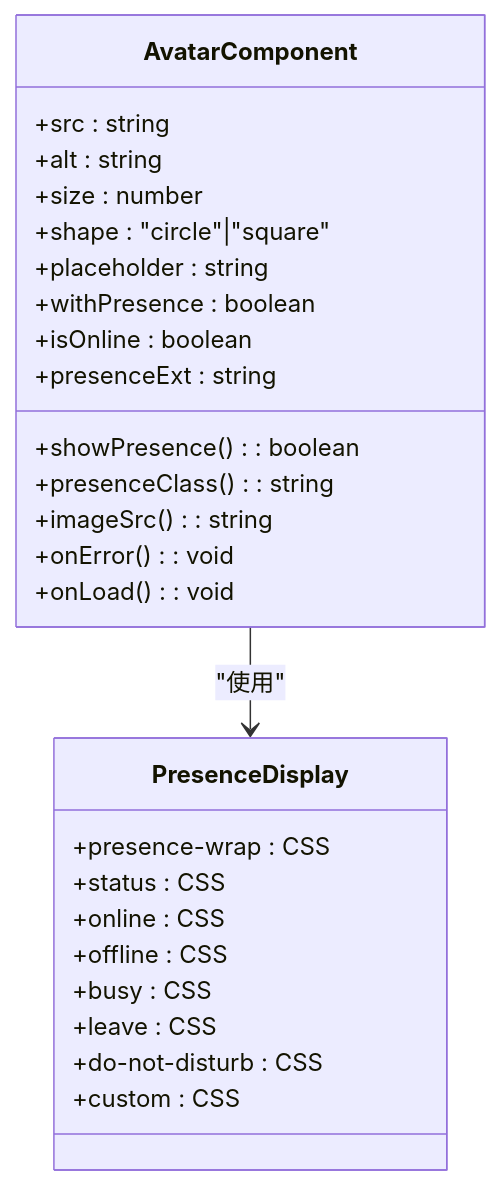
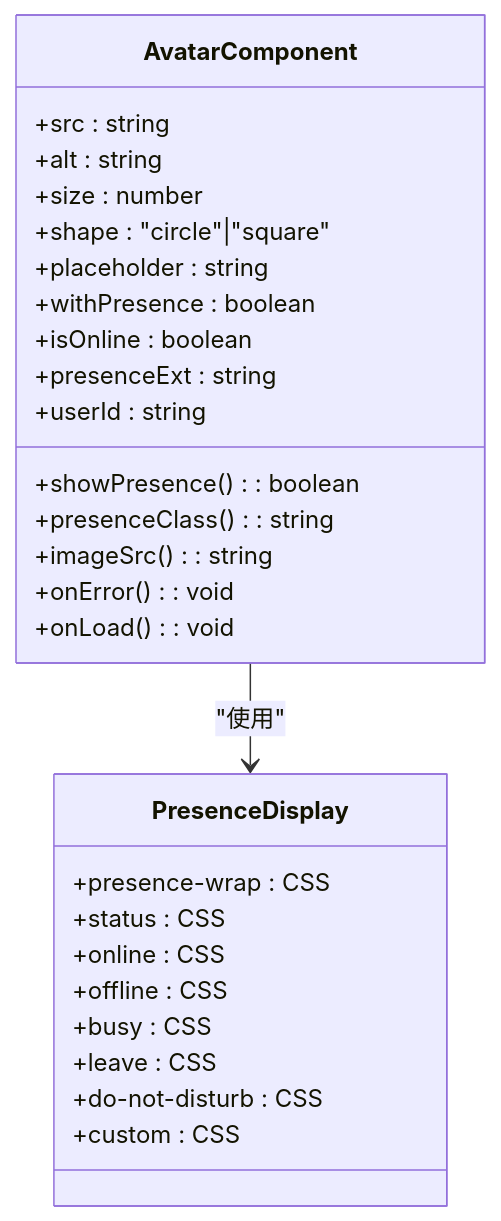
One commit to Easemob-Community/easemob-uikit-uniapp-community changed the fifth of 11 diagrams in .qoder/repowiki/zh/content/Presence Indicator Controls.md. Above: the diagram before and after it, drawn with Mermaid. The commit also changed other lines of this file and 4 other files, not shown here.

````diff
--- a/.qoder/repowiki/zh/content/Presence Indicator Controls.md
+++ b/.qoder/repowiki/zh/content/Presence Indicator Controls.md
@@ -219,29 +232,30 @@
 ```mermaid
 classDiagram
 class AvatarComponent {
 +src : string
 +alt : string
 +size : number
 +shape : "circle"|"square"
 +placeholder : string
 +withPresence : boolean
 +isOnline : boolean
 +presenceExt : string
++userId : string
 +showPresence() : boolean
 +presenceClass() : string
 +imageSrc() : string
 +onError() : void
 +onLoad() : void
 }
 class PresenceDisplay {
 +presence-wrap : CSS
 +status : CSS
 +online : CSS
 +offline : CSS
 +busy : CSS
 +leave : CSS
 +do-not-disturb : CSS
 +custom : CSS
 }
 AvatarComponent --> PresenceDisplay : "使用"
 ```
````
